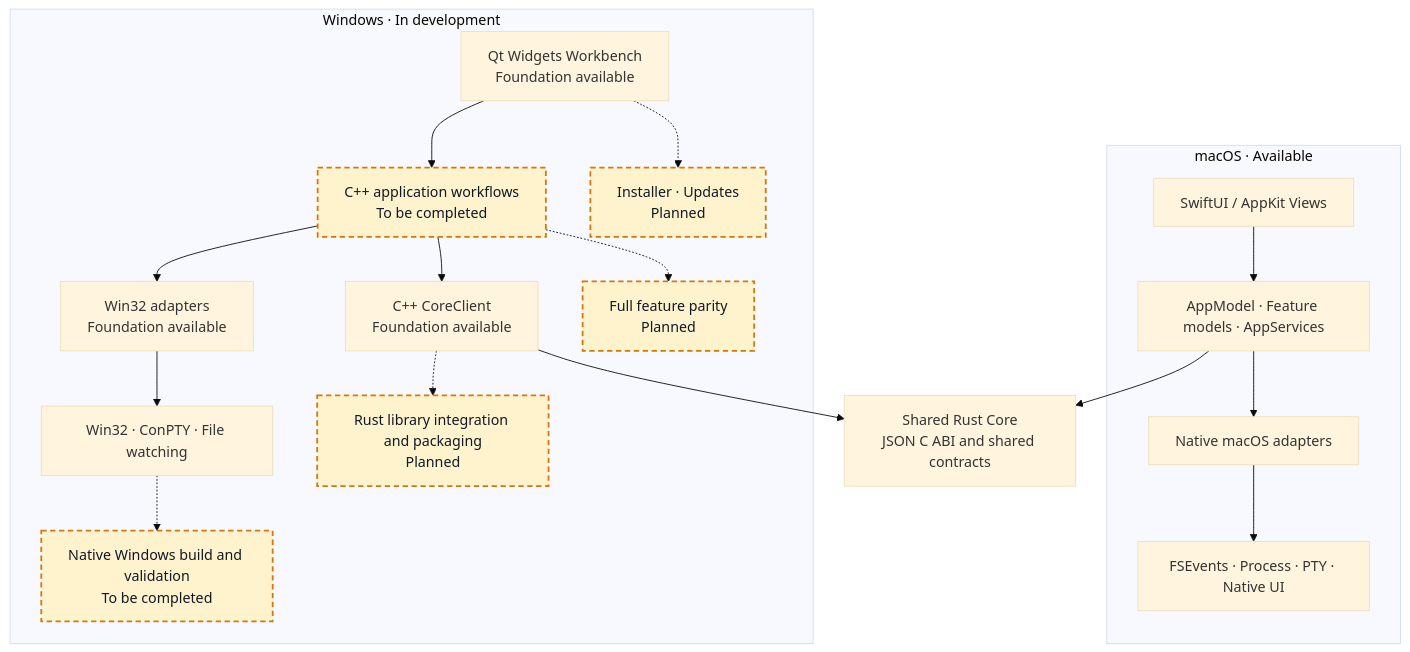
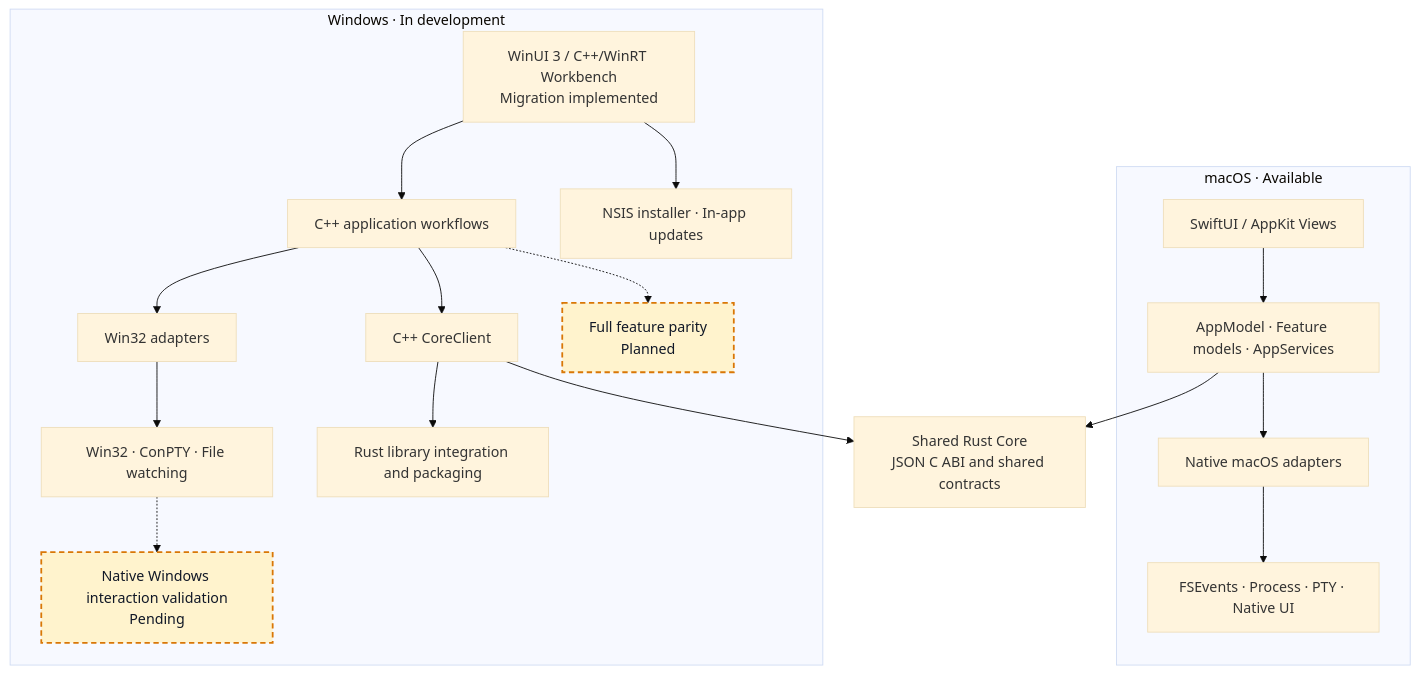
One commit to 1lck/Lithe-IDEA changed the diagram in README.md. Above: the diagram before and after it, drawn with Mermaid (base theme). The commit also changed other lines of this file and 76 other files, not shown here.

Commit message:
feat(windows): complete WinUI phase one workbench

````diff
--- a/README.md
+++ b/README.md
@@ -162,28 +162,28 @@
 ```mermaid
 flowchart TB
     CORE["Shared Rust Core<br/>JSON C ABI and shared contracts"]
 
     subgraph MACOS["macOS · Available"]
         MUI["SwiftUI / AppKit Views"] --> MAPP["AppModel · Feature models · AppServices"]
         MAPP --> MADAPTERS["Native macOS adapters"]
         MADAPTERS --> MNATIVE["FSEvents · Process · PTY · Native UI"]
     end
 
     MAPP --> CORE
 
     subgraph WINDOWS["Windows · In development"]
-        WUI["Qt Widgets Workbench<br/>Foundation available"] --> WAPP["C++ application workflows<br/>To be completed"]
-        WAPP --> WCLIENT["C++ CoreClient<br/>Foundation available"]
-        WAPP --> WADAPTERS["Win32 adapters<br/>Foundation available"]
+        WUI["WinUI 3 / C++/WinRT Workbench<br/>Migration implemented"] --> WAPP["C++ application workflows"]
+        WAPP --> WCLIENT["C++ CoreClient"]
+        WAPP --> WADAPTERS["Win32 adapters"]
         WADAPTERS --> WNATIVE["Win32 · ConPTY · File watching"]
         WAPP -.-> WPARITY["Full feature parity<br/>Planned"]
-        WCLIENT -.-> WPACKAGE["Rust library integration and packaging<br/>Planned"]
-        WNATIVE -.-> WBUILD["Native Windows build and validation<br/>To be completed"]
-        WUI -.-> WSHIP["Installer · Updates<br/>Planned"]
+        WCLIENT --> WPACKAGE["Rust library integration and packaging"]
+        WNATIVE -.-> WBUILD["Native Windows interaction validation<br/>Pending"]
+        WUI --> WSHIP["NSIS installer · In-app updates"]
     end
 
     WCLIENT --> CORE
 
     classDef planned fill:#fff3cd,stroke:#d97706,stroke-width:2px,stroke-dasharray:6 4,color:#111827
-    class WAPP,WPARITY,WPACKAGE,WBUILD,WSHIP planned
+    class WPARITY,WBUILD planned
 ```
````
